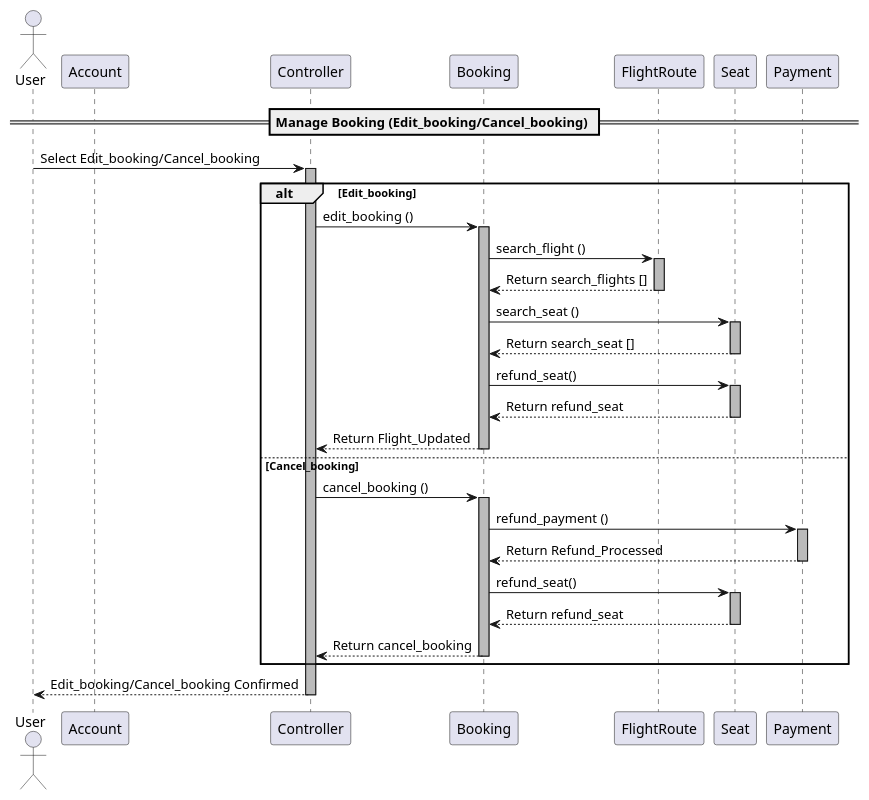
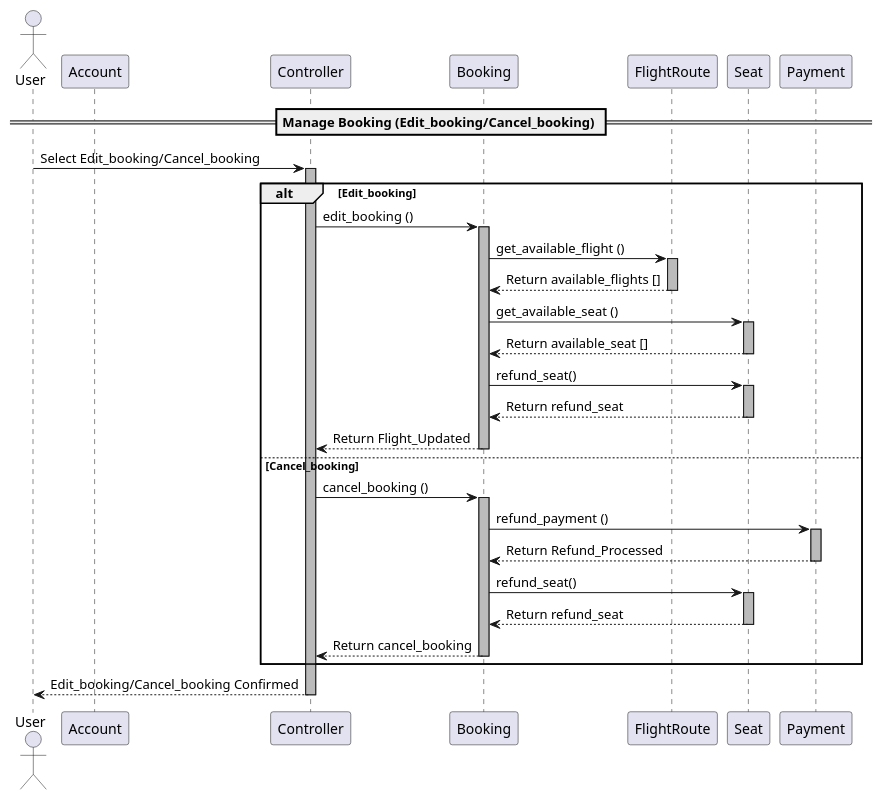
One commit to Nonnnchun/OOP_project changed the diagram in sequenceDiagram/sequenceManagebooking.plantuml. Above: the diagram before and after it, drawn with PlantUML. The commit also changed 9 other files, not shown here.

```diff
--- a/sequenceDiagram/sequenceManagebooking.plantuml
+++ b/sequenceDiagram/sequenceManagebooking.plantuml
@@ -1,51 +1,51 @@
 @startuml
 actor "User" as user
 participant Account
 participant Controller
 participant Booking
 participant FlightRoute
 participant Seat
 participant Payment
 
 == Manage Booking (Edit_booking/Cancel_booking) ==
 
 user -> Controller: Select Edit_booking/Cancel_booking
 activate Controller #BBBBBB
 alt Edit_booking
     Controller -> Booking: edit_booking ()
     activate Booking #BBBBBB
-    Booking -> FlightRoute: search_flight ()
+    Booking -> FlightRoute: get_available_flight ()
     activate FlightRoute #BBBBBB
-    FlightRoute --> Booking: Return search_flights []
+    FlightRoute --> Booking: Return available_flights []
     deactivate FlightRoute
-    Booking -> Seat:search_seat ()
+    Booking -> Seat:get_available_seat ()
     activate Seat #BBBBBB
-    Seat --> Booking:Return search_seat []
+    Seat --> Booking:Return available_seat []
     deactivate Seat
     Booking -> Seat:refund_seat()
     activate Seat #BBBBBB
     Seat--> Booking:Return refund_seat
     deactivate Seat
     Booking --> Controller: Return Flight_Updated
     deactivate Booking
 
 else Cancel_booking
     Controller -> Booking: cancel_booking ()
     activate Booking #BBBBBB
     Booking -> Payment: refund_payment ()
     activate Payment #BBBBBB
     Payment --> Booking: Return Refund_Processed
     deactivate Payment
     Booking -> Seat:refund_seat()
     activate Seat #BBBBBB
     Seat--> Booking:Return refund_seat
     deactivate Seat
     Booking --> Controller: Return cancel_booking
 
     deactivate Booking
 
 end
 
 Controller -->user: Edit_booking/Cancel_booking Confirmed
 deactivate Controller
 @enduml
```
